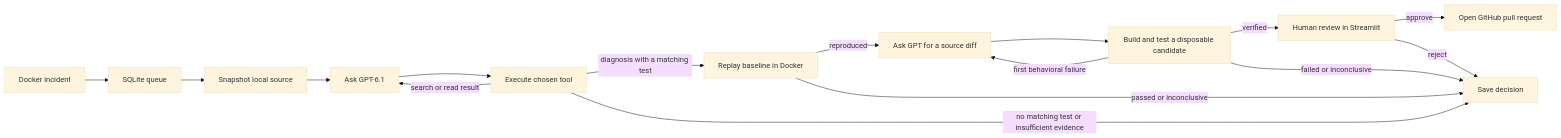
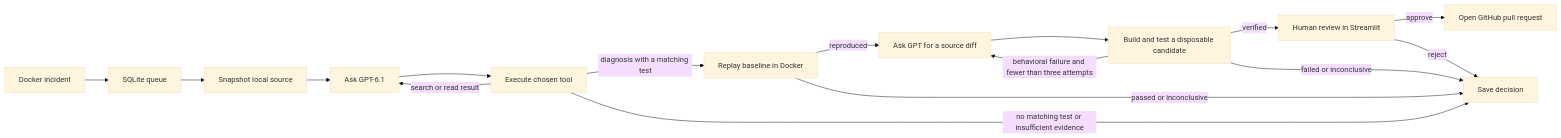
Before and after one commit to aikastor/bug-investigator: the diagram in README.md, drawn with Mermaid (base theme). The commit also changed other lines of this file and 2 other files, not shown here.

Commit message:
Allow two assertion-guided patch revisions

````diff
--- a/README.md
+++ b/README.md
@@ -44,18 +44,18 @@
 ```mermaid
 flowchart LR
   D[Docker incident] --> Q[SQLite queue]
   Q --> S[Snapshot local source]
   S --> A[Ask GPT-6.1]
   A --> T[Execute chosen tool]
   T -->|search or read result| A
   T -->|diagnosis with a matching test| V[Replay baseline in Docker]
   V -->|reproduced| P[Ask GPT for a source diff]
   P --> C[Build and test a disposable candidate]
-  C -->|first behavioral failure| P
+  C -->|behavioral failure and fewer than three attempts| P
   C -->|verified| H[Human review in Streamlit]
   H -->|approve| G[Open GitHub pull request]
   H -->|reject| R[Save decision]
   C -->|failed or inconclusive| R
   V -->|passed or inconclusive| R
   T -->|no matching test or insufficient evidence| R
 ```
````
